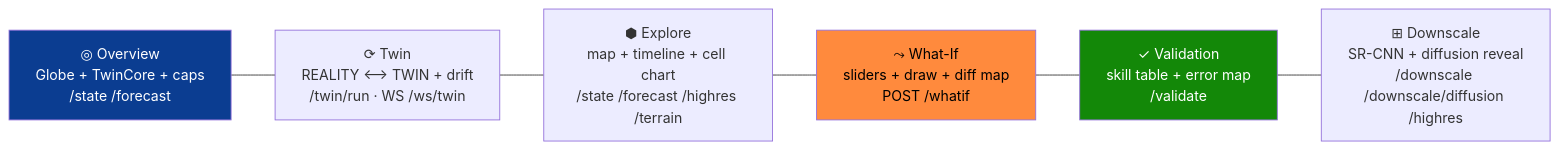
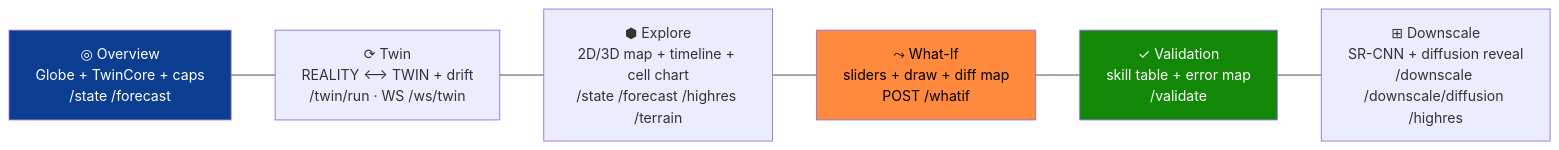
One commit to ayushap18/climatwin-india changed the second of 2 diagrams in frontend/README.md. Above: the diagram before and after it, drawn with Mermaid. The commit also changed other lines of this file and 9 other files, not shown here.

````diff
--- a/frontend/README.md
+++ b/frontend/README.md
@@ -78,14 +116,14 @@
 ```mermaid
 flowchart LR
     O["◎ Overview<br/>Globe + TwinCore + caps<br/>/state /forecast"]
     T["⟳ Twin<br/>REALITY ⟷ TWIN + drift<br/>/twin/run · WS /ws/twin"]
-    E["⬢ Explore<br/>map + timeline + cell chart<br/>/state /forecast /highres /terrain"]
+    E["⬢ Explore<br/>2D/3D map + timeline + cell chart<br/>/state /forecast /highres /terrain"]
     W["⤳ What-If<br/>sliders + draw + diff map<br/>POST /whatif"]
     V["✓ Validation<br/>skill table + error map<br/>/validate"]
     D["⊞ Downscale<br/>SR-CNN + diffusion reveal<br/>/downscale /downscale/diffusion /highres"]
 
     O --- T --- E --- W --- V --- D
     style O fill:#0b3d91,color:#fff
     style W fill:#ff8a3d,color:#000
     style V fill:#138808,color:#fff
 ```
````
